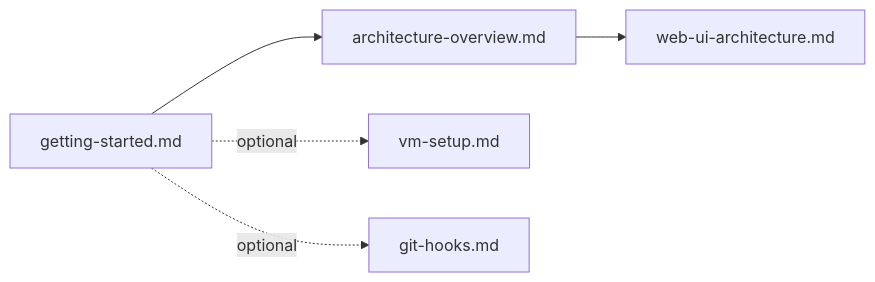
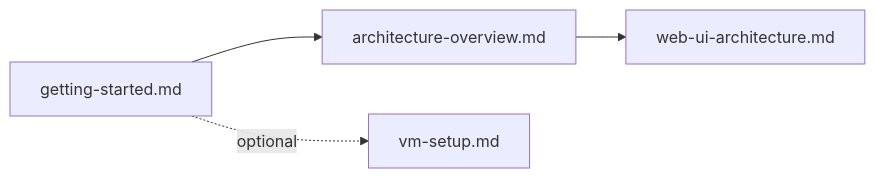
The diagram in docs/guides/README.md (GraphDone/GraphDone-Core), drawn with Mermaid before and after one commit. The commit also changed other lines of this file and 10 other files, not shown here.

````diff
--- a/docs/guides/README.md
+++ b/docs/guides/README.md
@@ -6,7 +6,6 @@
 ```mermaid
 flowchart LR
   start["getting-started.md"] --> arch["architecture-overview.md"]
   arch --> webui["web-ui-architecture.md"]
   start -.optional.-> vm["vm-setup.md"]
-  start -.optional.-> hooks["git-hooks.md"]
 ```
````
